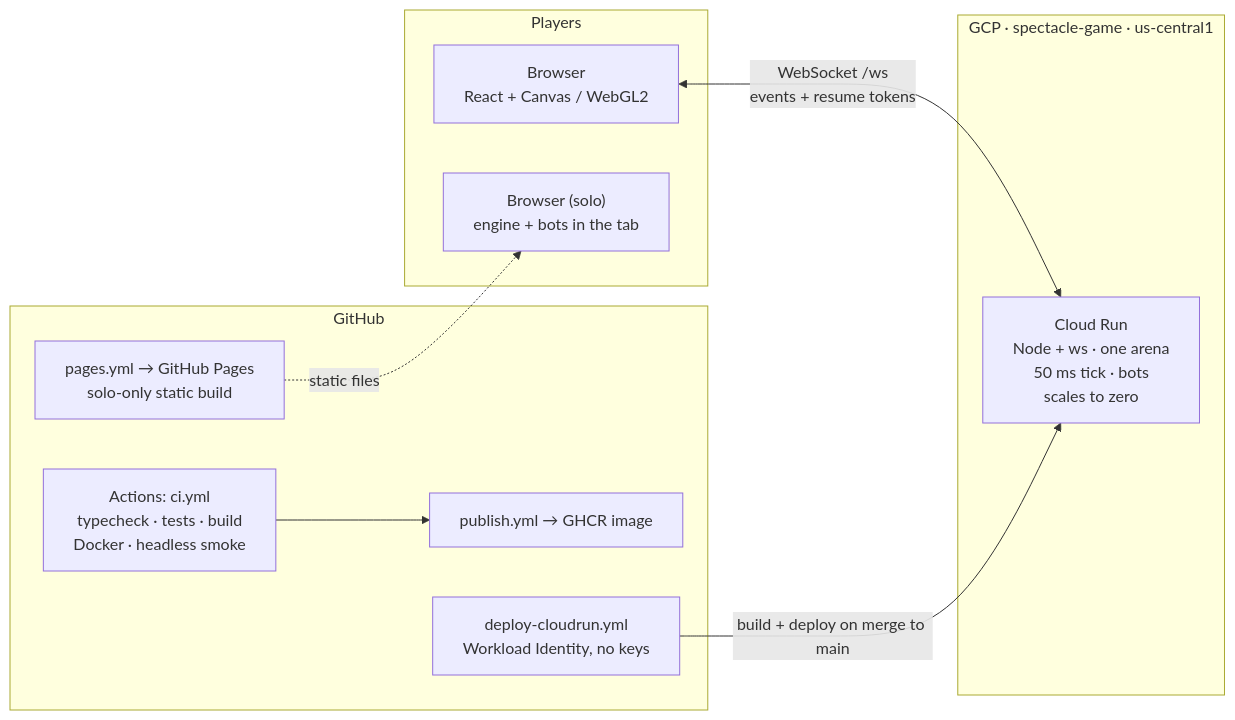
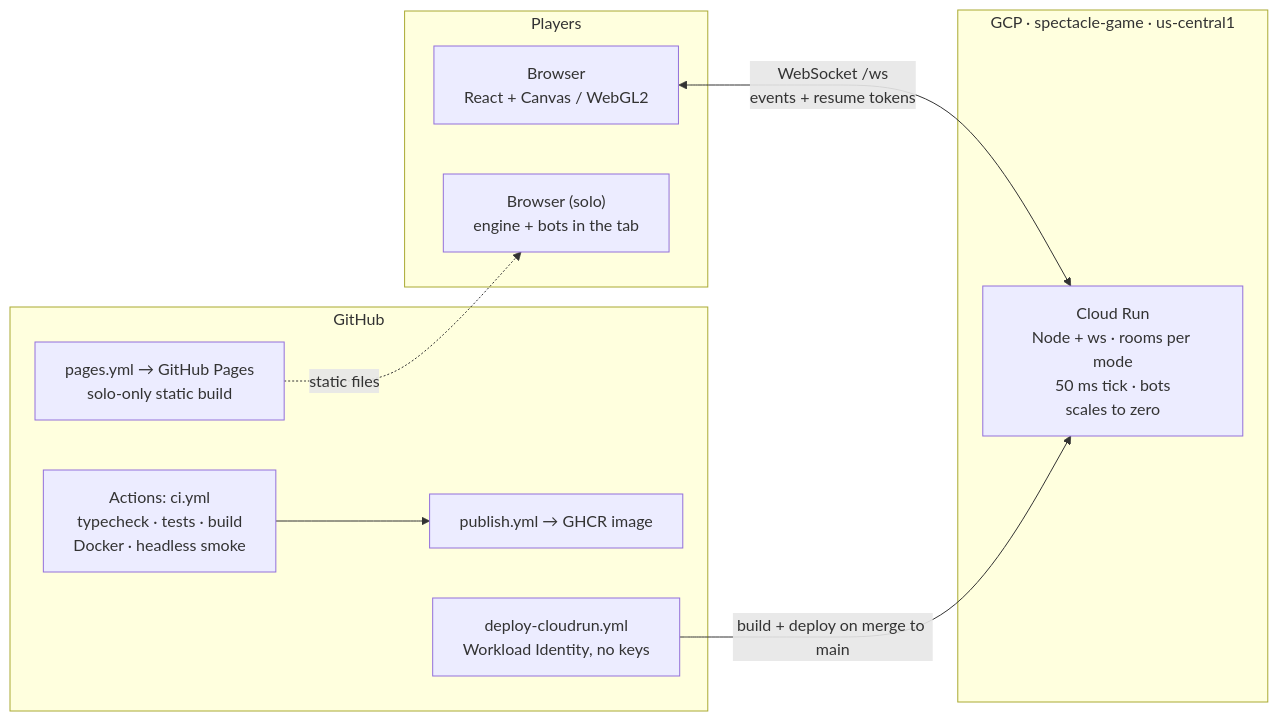
The diagram in README.md (bohemian-miser/Spectacle), drawn with Mermaid before and after one commit. The commit also changed other lines of this file and 16 other files, not shown here.

````diff
--- a/README.md
+++ b/README.md
@@ -210,20 +222,20 @@
 ```mermaid
 flowchart LR
   subgraph players["Players"]
     B1["Browser<br/>React + Canvas / WebGL2"]
     B2["Browser (solo)<br/>engine + bots in the tab"]
   end
   subgraph gcp["GCP · spectacle-game · us-central1"]
-    CR["Cloud Run<br/>Node + ws · one arena<br/>50 ms tick · bots<br/>scales to zero"]
+    CR["Cloud Run<br/>Node + ws · rooms per mode<br/>50 ms tick · bots<br/>scales to zero"]
   end
   subgraph gh["GitHub"]
     CI["Actions: ci.yml<br/>typecheck · tests · build<br/>Docker · headless smoke"]
     PUB["publish.yml → GHCR image"]
     DEP["deploy-cloudrun.yml<br/>Workload Identity, no keys"]
     PG["pages.yml → GitHub Pages<br/>solo-only static build"]
   end
   B1 <-- "WebSocket /ws<br/>events + resume tokens" --> CR
   PG -. static files .-> B2
   CI --> PUB
   DEP -- "build + deploy on merge to main" --> CR
 ```
````
